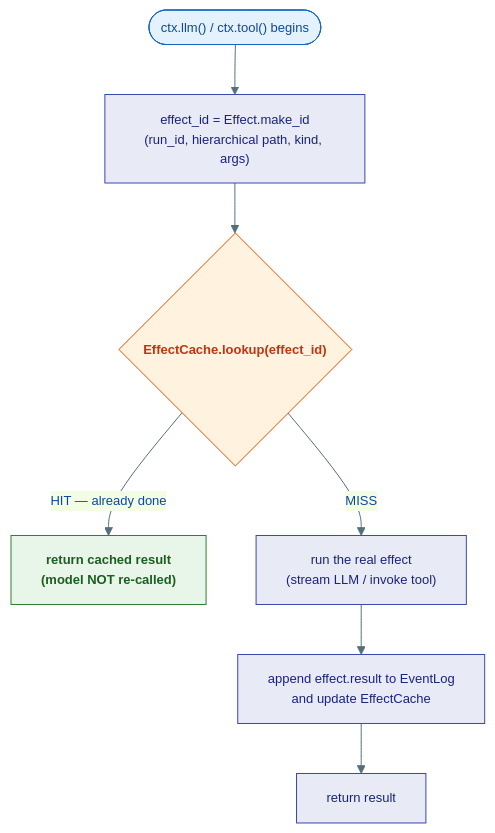
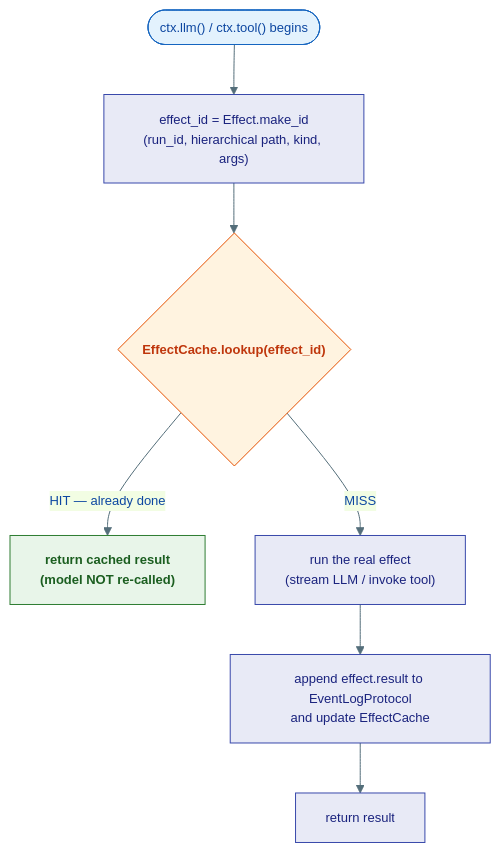
The fourth of 4 diagrams in agents/agent-substrate/docs/agents/02-runtime.md (Ravikumarchavva/agent-substrate), drawn with Mermaid before and after one commit. The commit also changed other lines of this file and 133 other files, not shown here.

First line of the commit message:
Refactor EventLog and related components to EventLogProtocol; update tests accordingly

````diff
--- a/agents/agent-substrate/docs/agents/02-runtime.md
+++ b/agents/agent-substrate/docs/agents/02-runtime.md
@@ -415,14 +415,14 @@
 ```mermaid
 %%{init: {'theme': 'base', 'themeVariables': {'primaryColor': '#E3F2FD','primaryTextColor': '#0D47A1','primaryBorderColor': '#1565C0','lineColor': '#546E7A','fontSize': '13px'}}}%%
 flowchart TD
     classDef process fill:#E8EAF6,stroke:#3949AB,color:#1A237E
     classDef decision fill:#FFF3E0,stroke:#E65100,color:#BF360C,font-weight:bold
     classDef cache fill:#E8F5E9,stroke:#2E7D32,color:#1B5E20,font-weight:bold
 
     START(["ctx.llm() / ctx.tool() begins"]) --> ID["effect_id = Effect.make_id<br/>(run_id, hierarchical path, kind, args)"]:::process
     ID --> LOOK{"EffectCache.lookup(effect_id)"}:::decision
     LOOK -->|"HIT — already done"| RET["return cached result<br/>(model NOT re-called)"]:::cache
     LOOK -->|"MISS"| EXEC["run the real effect<br/>(stream LLM / invoke tool)"]:::process
-    EXEC --> REC["append effect.result to EventLog<br/>and update EffectCache"]:::process
+    EXEC --> REC["append effect.result to EventLogProtocol<br/>and update EffectCache"]:::process
     REC --> RET2["return result"]:::process
 ```
````
